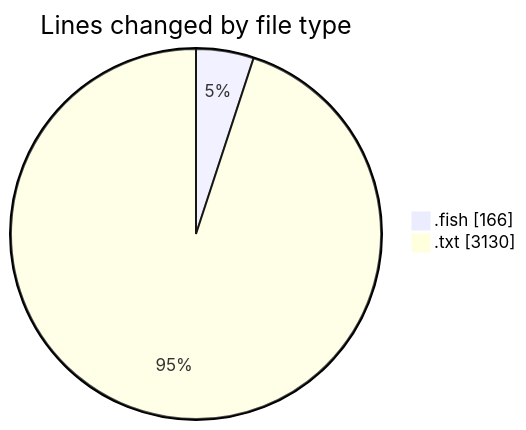
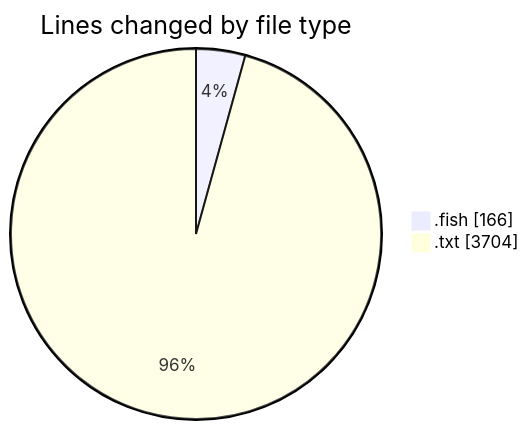
One commit to EIIisD/code-tracking changed the first of 2 diagrams in 2025-07-21/fish/README.md. Above: the diagram before and after it, drawn with Mermaid. The commit also changed other lines of this file and 1 other file, not shown here.

````diff
--- a/2025-07-21/fish/README.md
+++ b/2025-07-21/fish/README.md
@@ -22,6 +22,6 @@
 ```mermaid
 pie showData
 title Lines changed by file type
 ".fish" : 166
-".txt" : 3130
+".txt" : 3704
 ```
````
